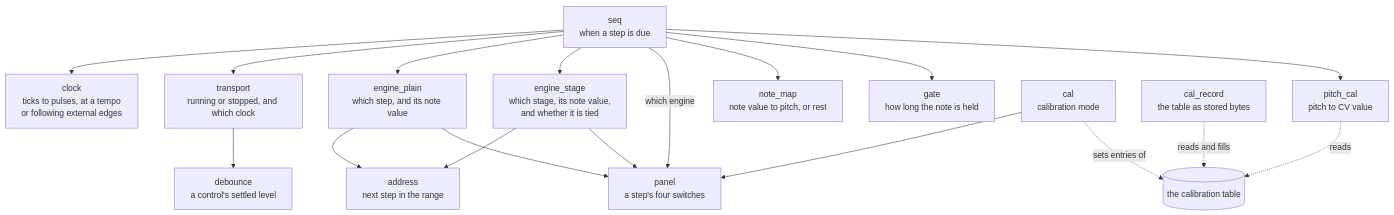
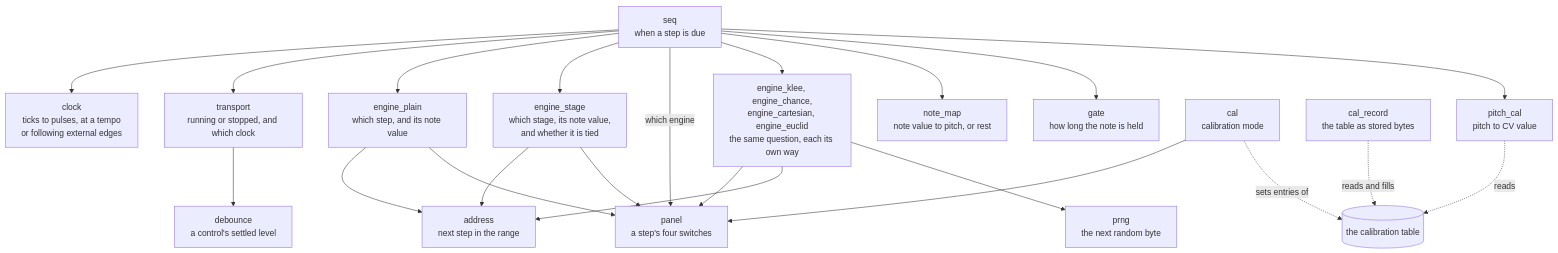
One commit to BonelessPig/nano_sequencer changed the sixth of 27 diagrams in docs/ARCHITECTURE.md. Above: the diagram before and after it, drawn with Mermaid. The commit also changed other lines of this file and 44 other files, not shown here.

````diff
--- a/docs/ARCHITECTURE.md
+++ b/docs/ARCHITECTURE.md
@@ -342,20 +351,24 @@
 ```mermaid
 flowchart TD
     seq["seq<br/>when a step is due"] --> clock["clock<br/>ticks to pulses, at a tempo<br/>or following external edges"]
     seq --> transport["transport<br/>running or stopped, and which clock"]
     transport --> debounce["debounce<br/>a control's settled level"]
     seq --> engine["engine_plain<br/>which step, and its note value"]
     seq --> stage["engine_stage<br/>which stage, its note value,<br/>and whether it is tied"]
     seq -->|"which engine"| panel
     stage --> address
     stage --> panel
+    seq --> others["engine_klee, engine_chance,<br/>engine_cartesian, engine_euclid<br/>the same question, each its own way"]
+    others --> panel
+    others --> address
+    others --> prng["prng<br/>the next random byte"]
     seq --> note["note_map<br/>note value to pitch, or rest"]
     seq --> gate["gate<br/>how long the note is held"]
     seq --> cal["pitch_cal<br/>pitch to CV value"]
     engine --> address["address<br/>next step in the range"]
     engine --> panel["panel<br/>a step's four switches"]
     calm["cal<br/>calibration mode"] --> panel
     calm -.->|"sets entries of"| table[("the calibration table")]
     cal -.->|"reads"| table
     rec["cal_record<br/>the table as stored bytes"] -.->|"reads and fills"| table
 ```
````
